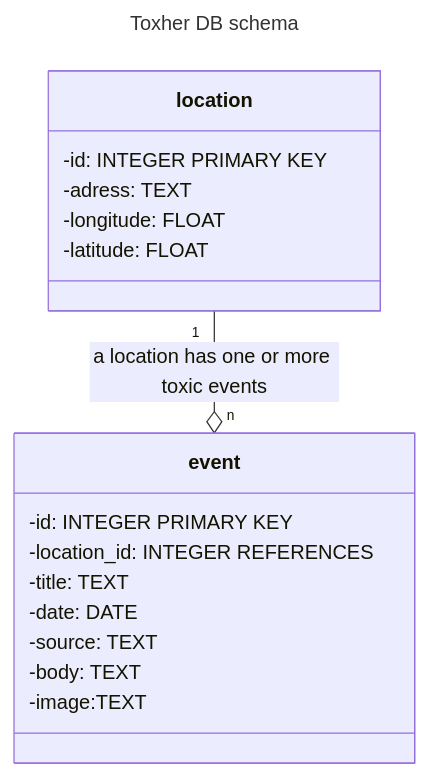
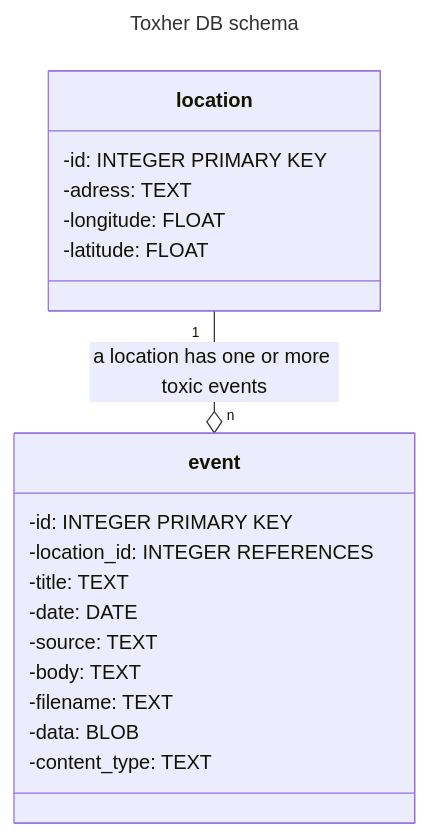
Before and after one commit to ckassung/ToxHer: the diagram in README.md, drawn with Mermaid. The commit also changed 12 other files, not shown here.

````diff
--- a/README.md
+++ b/README.md
@@ -28,22 +28,24 @@
 ```mermaid
 ---
 title: Toxher DB schema
 ---
 classDiagram
   class location {
     -id: INTEGER PRIMARY KEY
     -adress: TEXT
     -longitude: FLOAT
     -latitude: FLOAT
   }
   class event {
     -id: INTEGER PRIMARY KEY
     -location_id: INTEGER REFERENCES
     -title: TEXT
     -date: DATE
     -source: TEXT
     -body: TEXT
-    -image:TEXT
+    -filename: TEXT
+    -data: BLOB
+    -content_type: TEXT
   }
 location "1" --o "n" event : a location has one or more toxic events
 ```
````
